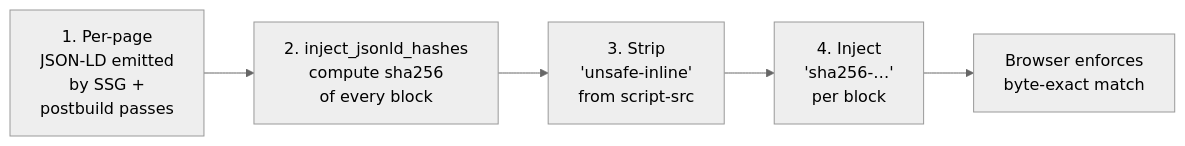
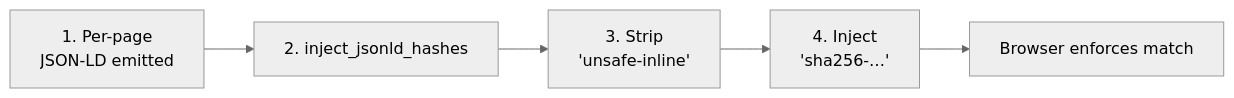
Before and after one commit to sebastienrousseau/sebastienrousseau.github.io: the second of 2 diagrams in project-docs/SCHEMAS.md, drawn with Mermaid. The commit also changed other lines of this file and 3817 other files, not shown here.

````diff
--- a/project-docs/SCHEMAS.md
+++ b/project-docs/SCHEMAS.md
@@ -150,8 +114,8 @@
 ```mermaid
 %%{init: {'theme':'neutral'} }%%
 flowchart LR
- A[1. Per-page<br/>JSON-LD emitted<br/>by SSG +<br/>postbuild passes] --> B[2. inject_jsonld_hashes<br/>compute sha256<br/>of every block]
- B --> C[3. Strip<br/>'unsafe-inline'<br/>from script-src]
- C --> D[4. Inject<br/>'sha256-…'<br/>per block]
- D --> E[Browser enforces<br/>byte-exact match]
+ A[1. Per-page<br/>JSON-LD emitted] --> B[2. inject_jsonld_hashes]
+ B --> C[3. Strip<br/>'unsafe-inline']
+ C --> D[4. Inject<br/>'sha256-…']
+ D --> E[Browser enforces match]
 ```
````
